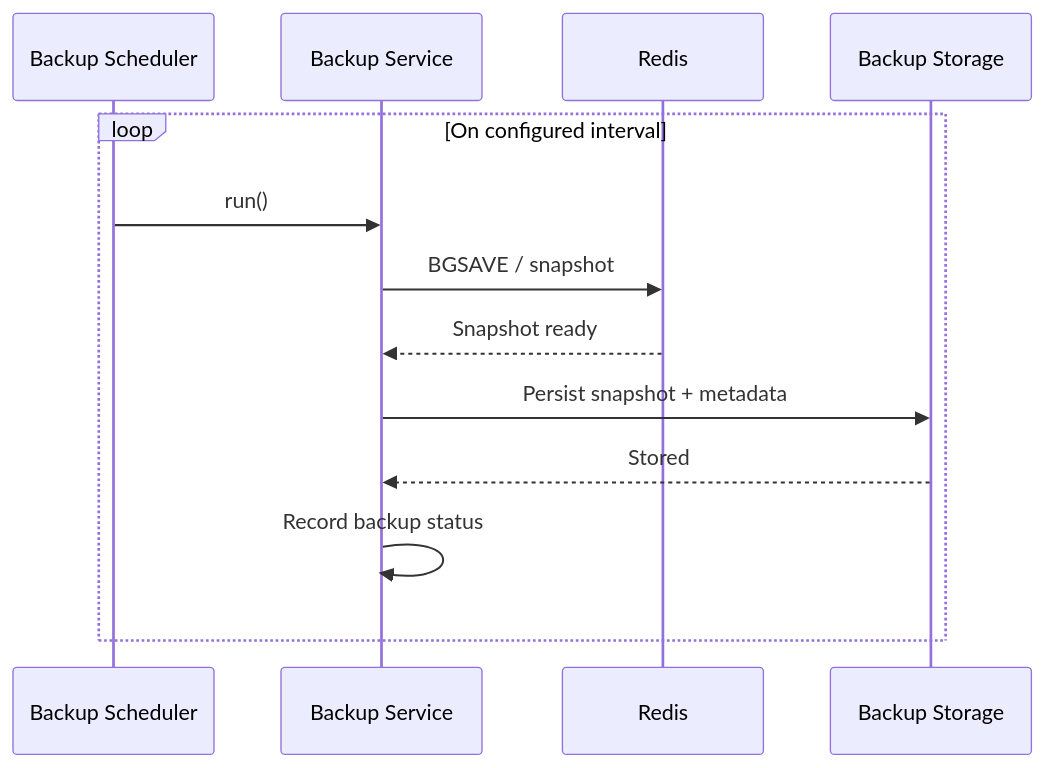
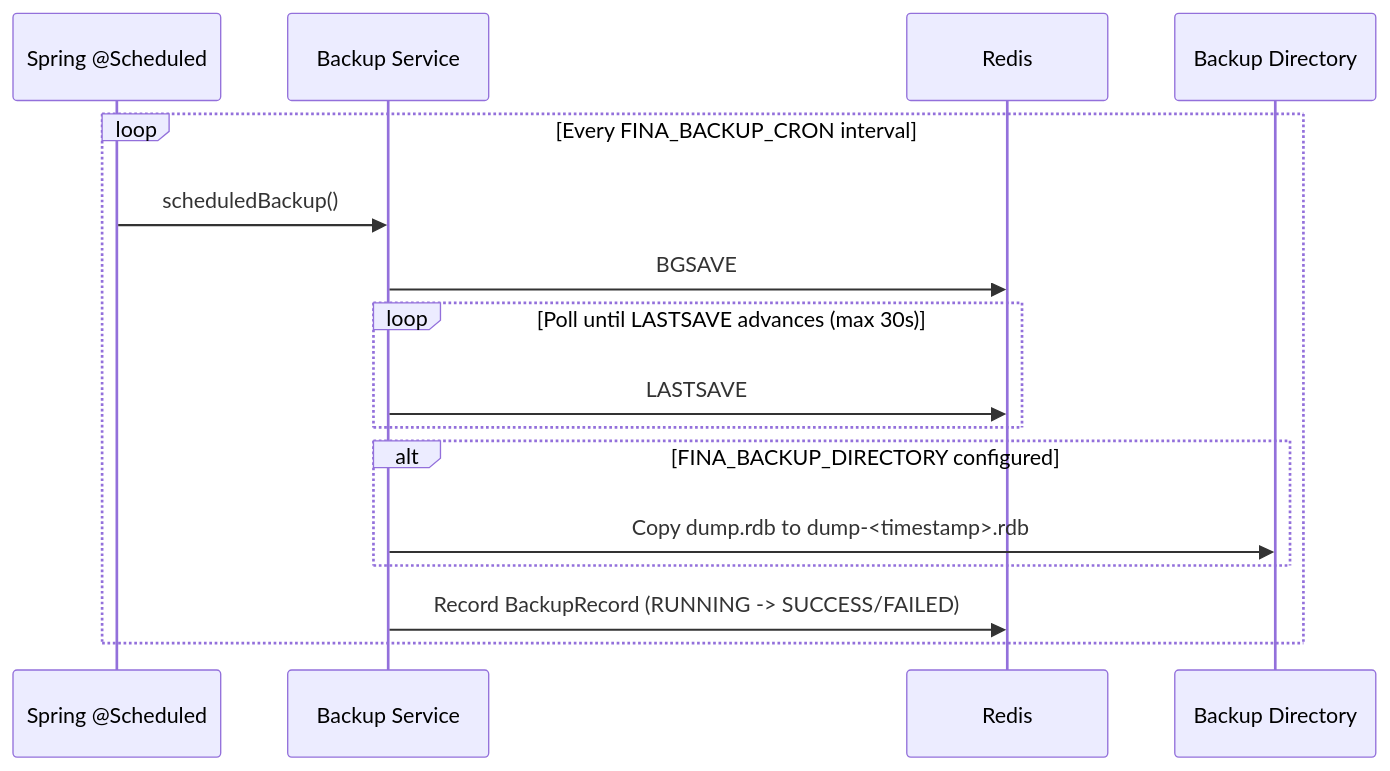
Before and after one commit to ogc16/fina: the fifth of 5 diagrams in README.md, drawn with Mermaid. The commit also changed other lines of this file and 52 other files, not shown here.

````diff
--- a/README.md
+++ b/README.md
@@ -287,16 +379,19 @@
 ```mermaid
 sequenceDiagram
-    participant Scheduler as Backup Scheduler
+    participant Scheduler as Spring @Scheduled
     participant Backup as Backup Service
     participant Redis as Redis
-    participant Store as Backup Storage
+    participant Store as Backup Directory
 
-    loop On configured interval
-        Scheduler->>Backup: run()
-        Backup->>Redis: BGSAVE / snapshot
-        Redis-->>Backup: Snapshot ready
-        Backup->>Store: Persist snapshot + metadata
-        Store-->>Backup: Stored
-        Backup->>Backup: Record backup status
+    loop Every FINA_BACKUP_CRON interval
+        Scheduler->>Backup: scheduledBackup()
+        Backup->>Redis: BGSAVE
+        loop Poll until LASTSAVE advances (max 30s)
+            Backup->>Redis: LASTSAVE
+        end
+        alt FINA_BACKUP_DIRECTORY configured
+            Backup->>Store: Copy dump.rdb to dump-<timestamp>.rdb
+        end
+        Backup->>Redis: Record BackupRecord (RUNNING -> SUCCESS/FAILED)
     end
 ```
````
